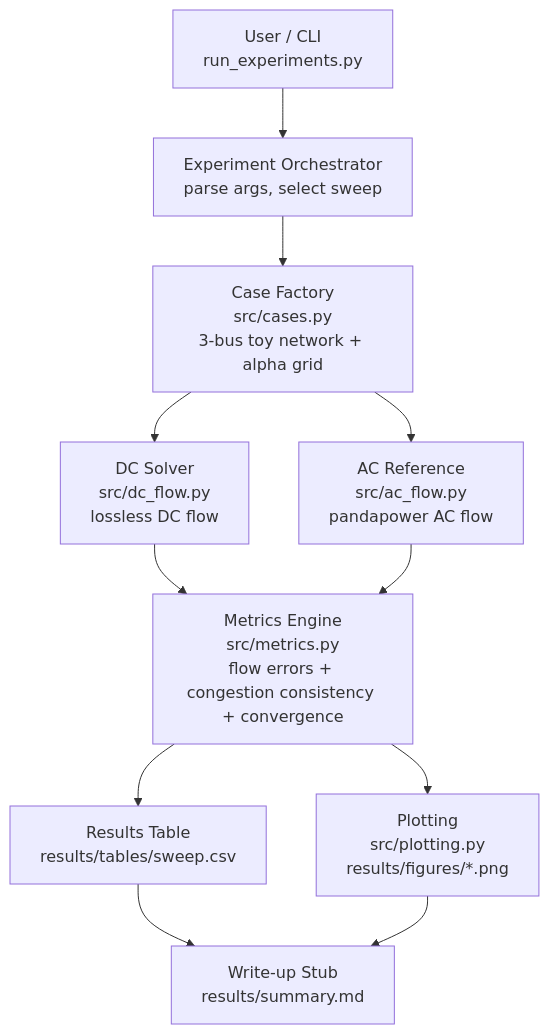
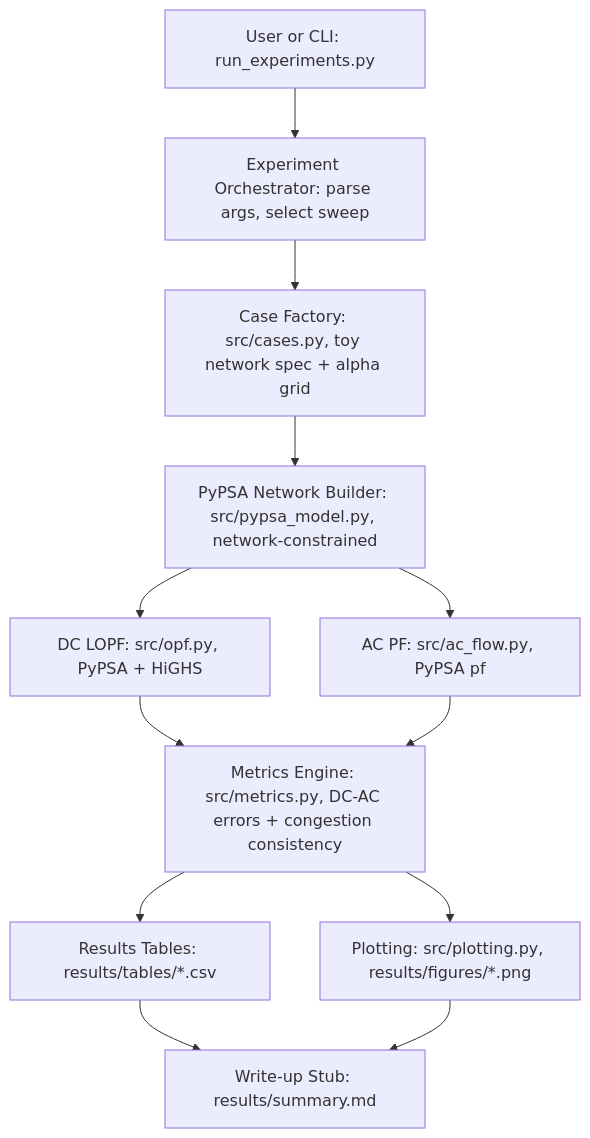
One commit to JustinUssuri/demo3-model-reproduction changed the first of 2 diagrams in notes/Architecture.md. Above: the diagram before and after it, drawn with Mermaid. The commit also changed other lines of this file and 11 other files, not shown here.

````diff
--- a/notes/Architecture.md
+++ b/notes/Architecture.md
@@ -9,13 +10,17 @@
 ```mermaid
 flowchart TD
-  A[User / CLI<br/>run_experiments.py] --> B[Experiment Orchestrator<br/>parse args, select sweep]
-  B --> C[Case Factory<br/>src/cases.py<br/>3-bus toy network + alpha grid]
-  C --> D1[DC Solver<br/>src/dc_flow.py<br/>lossless DC flow]
-  C --> D2["AC Reference\nsrc/ac_flow.py\npandapower AC flow"]
-  D1 --> E[Metrics Engine<br/>src/metrics.py<br/>flow errors + congestion consistency + convergence]
-  D2 --> E
-  E --> F1[Results Table<br/>results/tables/sweep.csv]
-  E --> F2[Plotting<br/>src/plotting.py<br/>results/figures/*.png]
-  F1 --> G[Write-up Stub<br/>results/summary.md]
-  F2 --> G
+  A[User or CLI: run_experiments.py] --> B[Experiment Orchestrator: parse args, select sweep]
+  B --> C[Case Factory: src/cases.py, toy network spec + alpha grid]
+
+  C --> D[PyPSA Network Builder: src/pypsa_model.py, network-constrained]
+  D --> E1[DC LOPF: src/opf.py, PyPSA + HiGHS]
+  D --> E2[AC PF: src/ac_flow.py, PyPSA pf]
+
+  E1 --> F[Metrics Engine: src/metrics.py, DC-AC errors + congestion consistency]
+  E2 --> F
+
+  F --> G1[Results Tables: results/tables/*.csv]
+  F --> G2[Plotting: src/plotting.py, results/figures/*.png]
+  G1 --> H[Write-up Stub: results/summary.md]
+  G2 --> H
 ```
````
